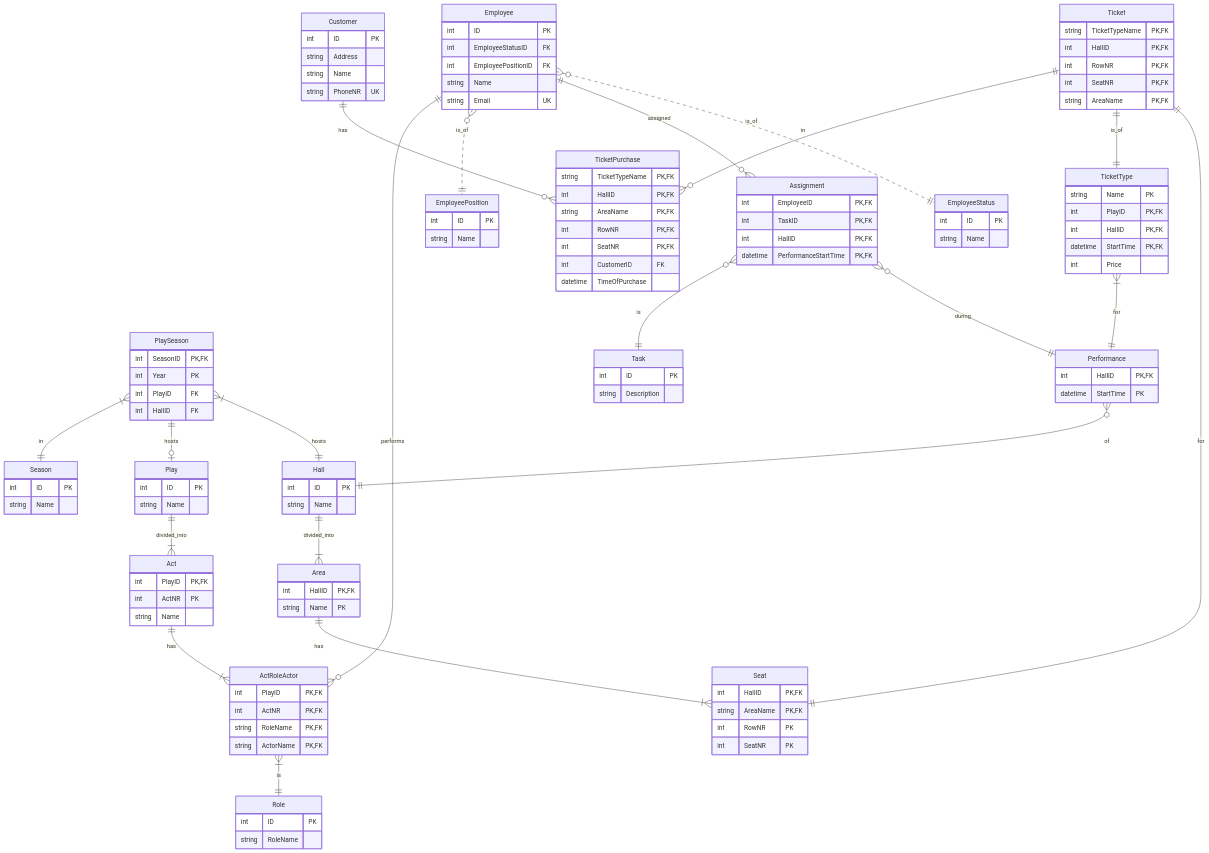
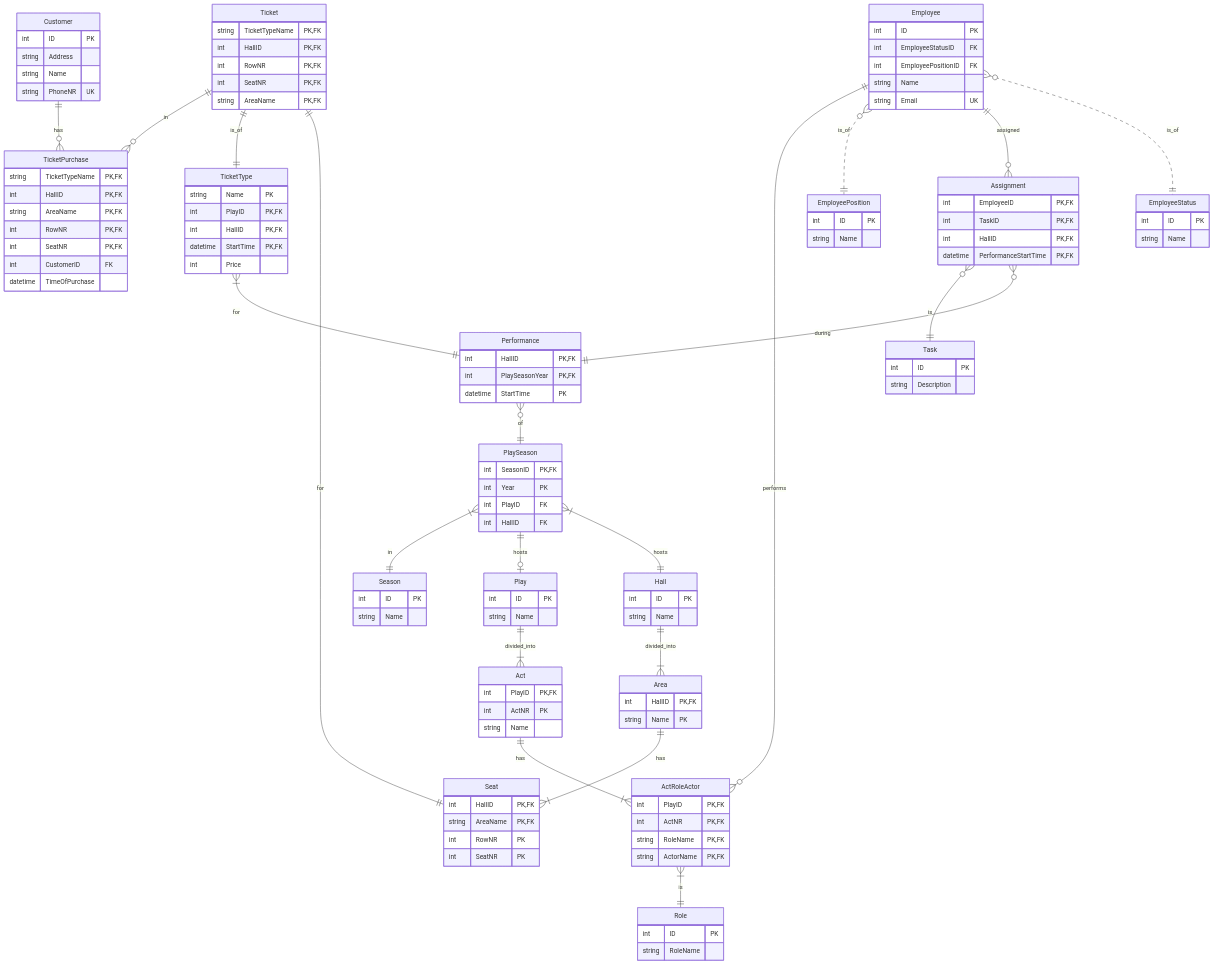
One commit to phibkro/datdat_db2 changed the diagram in README.md. Above: the diagram before and after it, drawn with Mermaid. The commit also changed 3 other files, not shown here.

```diff
--- a/README.md
+++ b/README.md
@@ -56,9 +56,10 @@
 %% Performance section
 Performance {
     int HallID PK,FK
+    int PlaySeasonYear PK,FK
     datetime StartTime PK
 }
-Performance }o--|| Hall : of
+Performance }o--|| PlaySeason : of
 
 Hall {
     int ID PK
```
